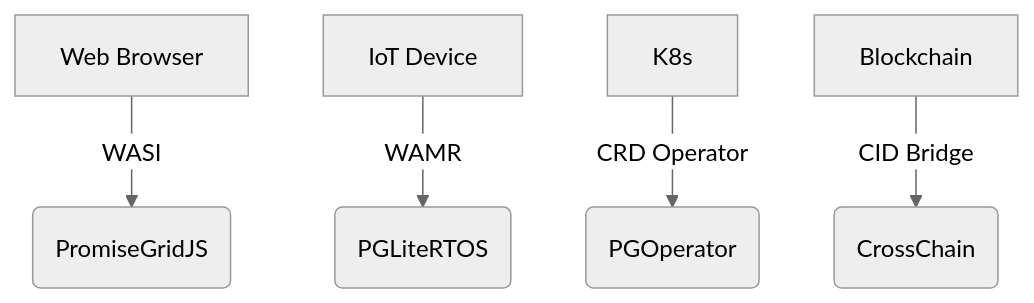
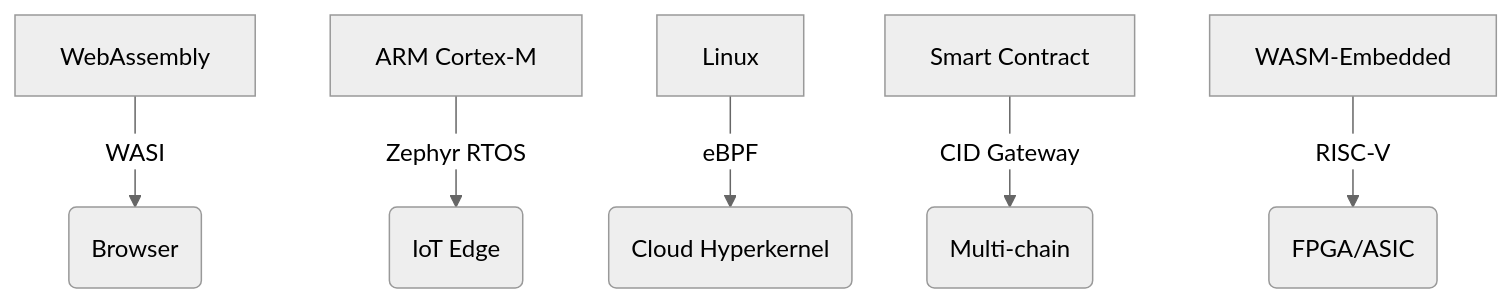
The second of 2 diagrams in x/routing/2296.md (promisegrid/grid-poc), drawn with Mermaid (neutral theme) before and after one commit. The commit also changed other lines of this file and 22 other files, not shown here.

````diff
--- a/x/routing/2296.md
+++ b/x/routing/2296.md
@@ -113,7 +136,8 @@
 ```mermaid
 graph TD
-    A[Web Browser] -->|WASI| B(PromiseGridJS)
-    C[IoT Device] -->|WAMR| D(PGLiteRTOS)
-    E[K8s] -->|CRD Operator| F(PGOperator)
-    G[Blockchain] -->|CID Bridge| H(CrossChain)
+    A[WebAssembly] -->|WASI| B(Browser)
+    C[ARM Cortex-M] -->|Zephyr RTOS| D(IoT Edge)
+    E[Linux] -->|eBPF| F(Cloud Hyperkernel)
+    G[Smart Contract] -->|CID Gateway| H(Multi-chain)
+    I[WASM-Embedded] -->|RISC-V| J(FPGA/ASIC)
 ```
````
